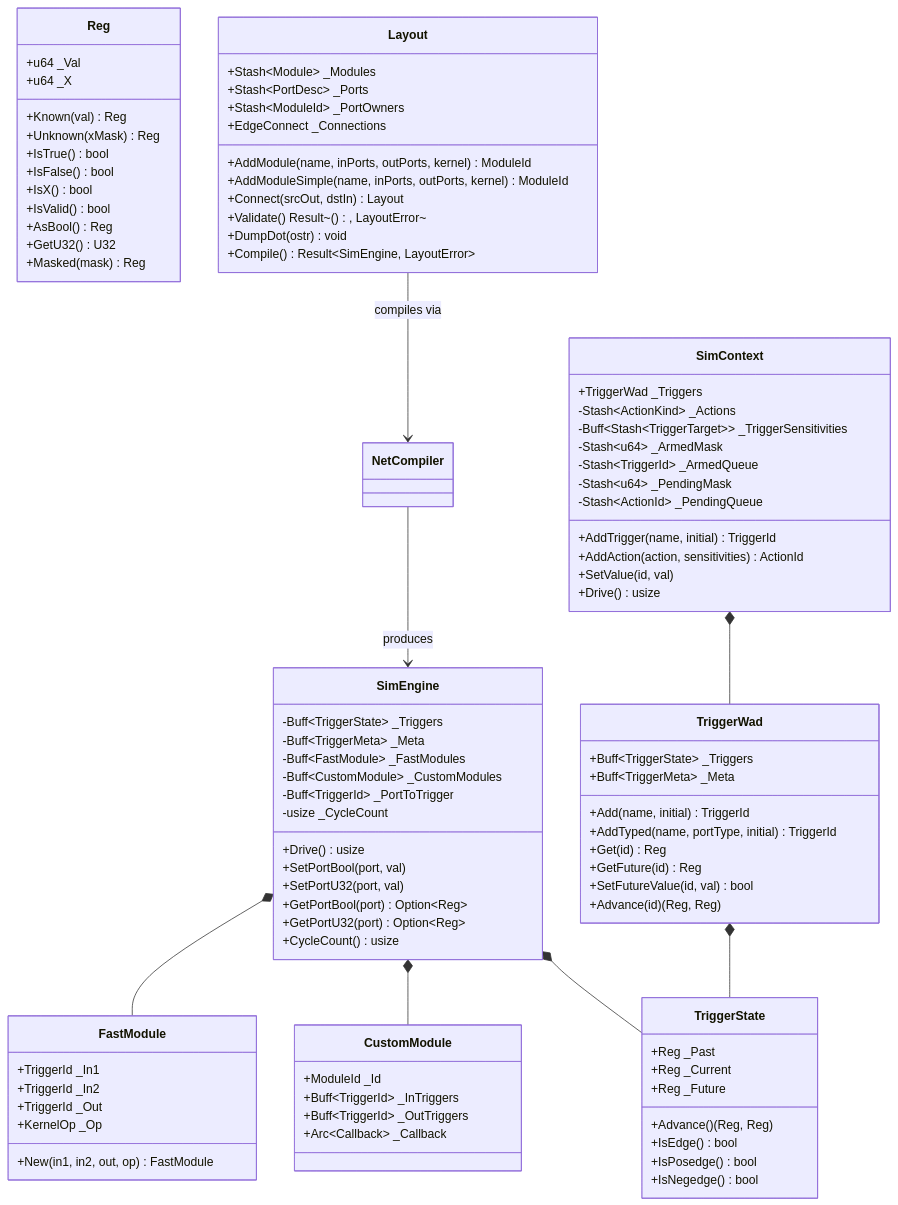
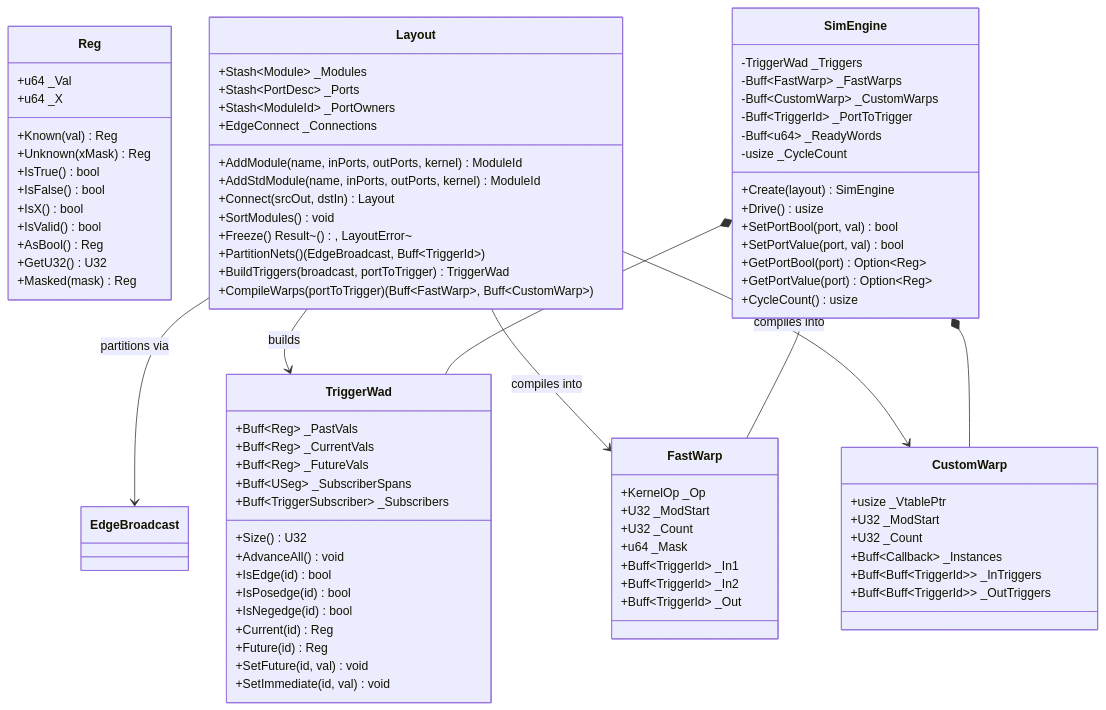
The diagram in wiki/Rube.md (jswarup/Kosh), drawn with Mermaid before and after one commit. The commit also changed other lines of this file and 8 other files, not shown here.

First line of the commit message:
feat(rube): Implement SIMT Warp framework, vtable clustering, and update wiki docs

````diff
--- a/wiki/Rube.md
+++ b/wiki/Rube.md
@@ -33,25 +36,21 @@
         +Masked(mask) Reg
     }
 
-    class TriggerState {
-        +Reg _Past
-        +Reg _Current
-        +Reg _Future
-        +Advance() (Reg, Reg)
-        +IsEdge() bool
-        +IsPosedge() bool
-        +IsNegedge() bool
-    }
-
     class TriggerWad {
-        +Buff~TriggerState~ _Triggers
-        +Buff~TriggerMeta~ _Meta
-        +Add(name, initial) TriggerId
-        +AddTyped(name, portType, initial) TriggerId
-        +Get(id) Reg
-        +GetFuture(id) Reg
-        +SetFutureValue(id, val) bool
-        +Advance(id) (Reg, Reg)
+        +Buff~Reg~ _PastVals
+        +Buff~Reg~ _CurrentVals
+        +Buff~Reg~ _FutureVals
+        +Buff~USeg~ _SubscriberSpans
+        +Buff~TriggerSubscriber~ _Subscribers
+        +Size() U32
+        +AdvanceAll() void
+        +IsEdge(id) bool
+        +IsPosedge(id) bool
+        +IsNegedge(id) bool
+        +Current(id) Reg
+        +Future(id) Reg
+        +SetFuture(id, val) void
+        +SetImmediate(id, val) void
     }
 
     class Layout {
@@ -60,62 +59,55 @@
         +Stash~ModuleId~ _PortOwners
         +EdgeConnect _Connections
         +AddModule(name, inPorts, outPorts, kernel) ModuleId
-        +AddModuleSimple(name, inPorts, outPorts, kernel) ModuleId
+        +AddStdModule(name, inPorts, outPorts, kernel) ModuleId
         +Connect(srcOut, dstIn) Layout
-        +Validate() Result~(), LayoutError~
-        +DumpDot(ostr) void
-        +Compile() Result~SimEngine, LayoutError~
+        +SortModules() void
+        +Freeze() Result~(), LayoutError~
+        +PartitionNets() (EdgeBroadcast, Buff~TriggerId~)
+        +BuildTriggers(broadcast, portToTrigger) TriggerWad
+        +CompileWarps(portToTrigger) (Buff~FastWarp~, Buff~CustomWarp~)
     }
 
-    class FastModule {
-        +TriggerId _In1
-        +TriggerId _In2
-        +TriggerId _Out
+    class FastWarp {
         +KernelOp _Op
-        +New(in1, in2, out, op) FastModule
+        +U32 _ModStart
+        +U32 _Count
+        +u64 _Mask
+        +Buff~TriggerId~ _In1
+        +Buff~TriggerId~ _In2
+        +Buff~TriggerId~ _Out
     }
 
-    class CustomModule {
-        +ModuleId _Id
-        +Buff~TriggerId~ _InTriggers
-        +Buff~TriggerId~ _OutTriggers
-        +Arc~Callback~ _Callback
+    class CustomWarp {
+        +usize _VtablePtr
+        +U32 _ModStart
+        +U32 _Count
+        +Buff~Callback~ _Instances
+        +Buff~Buff~TriggerId~~ _InTriggers
+        +Buff~Buff~TriggerId~~ _OutTriggers
     }
 
     class SimEngine {
-        -Buff~TriggerState~ _Triggers
-        -Buff~TriggerMeta~ _Meta
-        -Buff~FastModule~ _FastModules
-        -Buff~CustomModule~ _CustomModules
+        -TriggerWad _Triggers
+        -Buff~FastWarp~ _FastWarps
+        -Buff~CustomWarp~ _CustomWarps
         -Buff~TriggerId~ _PortToTrigger
+        -Buff~u64~ _ReadyWords
         -usize _CycleCount
+        +Create(layout) SimEngine
         +Drive() usize
-        +SetPortBool(port, val)
-        +SetPortU32(port, val)
+        +SetPortBool(port, val) bool
+        +SetPortValue(port, val) bool
         +GetPortBool(port) Option~Reg~
-        +GetPortU32(port) Option~Reg~
+        +GetPortValue(port) Option~Reg~
         +CycleCount() usize
     }
 
-    class SimContext {
-        +TriggerWad _Triggers
-        -Stash~ActionKind~ _Actions
-        -Buff~Stash~TriggerTarget~~ _TriggerSensitivities
-        -Stash~u64~ _ArmedMask
-        -Stash~TriggerId~ _ArmedQueue
-        -Stash~u64~ _PendingMask
-        -Stash~ActionId~ _PendingQueue
-        +AddTrigger(name, initial) TriggerId
-        +AddAction(action, sensitivities) ActionId
-        +SetValue(id, val)
-        +Drive() usize
-    }
-
-    Layout --> NetCompiler : compiles via
-    NetCompiler --> SimEngine : produces
-    SimEngine *-- FastModule
-    SimEngine *-- CustomModule
-    SimEngine *-- TriggerState
-    TriggerWad *-- TriggerState
-    SimContext *-- TriggerWad
+    Layout --> EdgeBroadcast : partitions via
+    Layout --> TriggerWad : builds
+    Layout --> FastWarp : compiles into
+    Layout --> CustomWarp : compiles into
+    SimEngine *-- TriggerWad
+    SimEngine *-- FastWarp
+    SimEngine *-- CustomWarp
 ```
````
